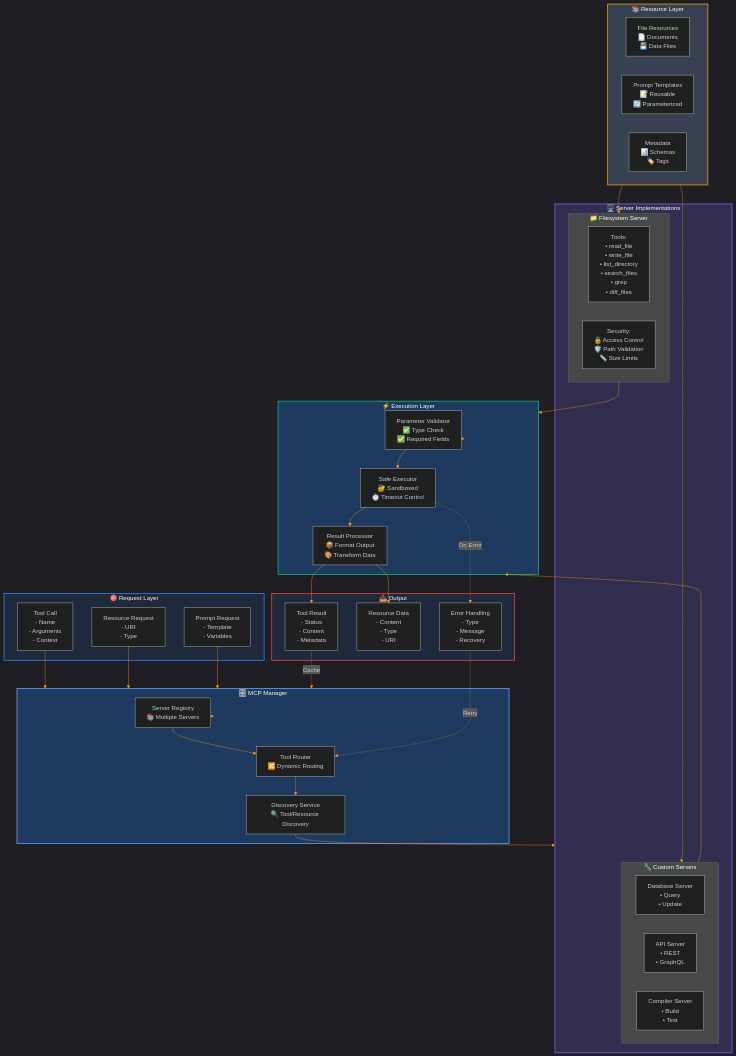
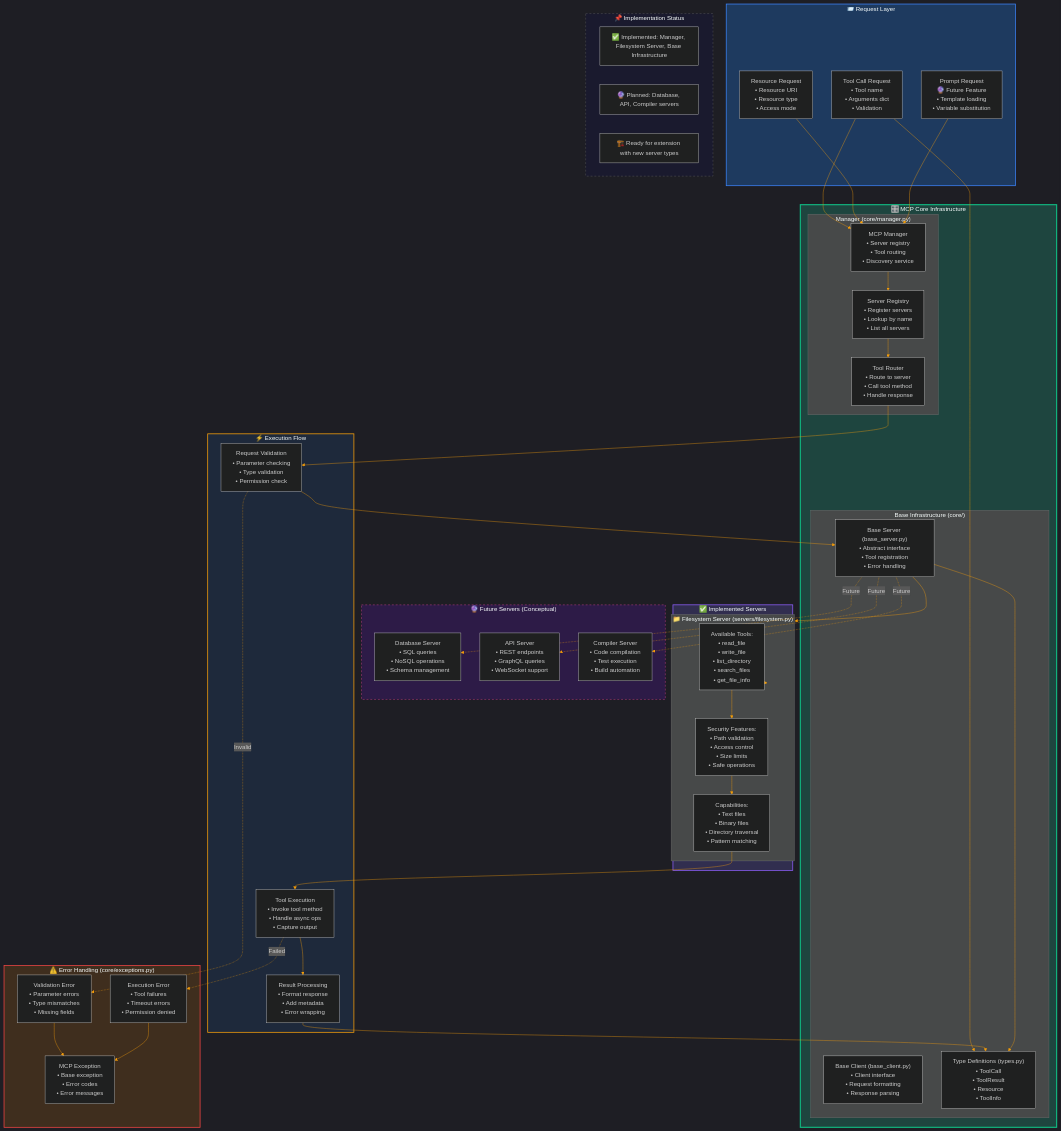
The diagram in docs/diagrams/mcp_module.mmd (minyic7/nighty_code), drawn with Mermaid before and after one commit. The commit also changed 4 other files, not shown here.

```diff
--- a/docs/diagrams/mcp_module.mmd
+++ b/docs/diagrams/mcp_module.mmd
@@ -1,84 +1,117 @@
 %%{init: {'theme':'dark', 'themeVariables': { 'primaryColor':'#1f2937', 'primaryTextColor':'#fff', 'primaryBorderColor':'#7C3AED', 'lineColor':'#F59E0B', 'secondaryColor':'#6366F1', 'tertiaryColor':'#10B981'}}}%%
 
 graph TB
-    %% MCP Module - Model Context Protocol
+    %% MCP Module - Model Context Protocol Implementation
+    %% Core infrastructure and filesystem server are implemented
     
-    subgraph Request["🎯 Request Layer"]
-        ToolCall["Tool Call<br/>- Name<br/>- Arguments<br/>- Context"]
-        ResourceReq["Resource Request<br/>- URI<br/>- Type"]
-        PromptReq["Prompt Request<br/>- Template<br/>- Variables"]
+    subgraph RequestLayer["📨 Request Layer"]
+        ToolCall["Tool Call Request<br/>• Tool name<br/>• Arguments dict<br/>• Validation"]
+        
+        ResourceRequest["Resource Request<br/>• Resource URI<br/>• Resource type<br/>• Access mode"]
+        
+        PromptRequest["Prompt Request<br/>🔮 Future Feature<br/>• Template loading<br/>• Variable substitution"]
     end
     
-    subgraph MCPManager["🎛️ MCP Manager"]
-        ServerRegistry["Server Registry<br/>📚 Multiple Servers"]
-        Router["Tool Router<br/>🔀 Dynamic Routing"]
-        Discovery["Discovery Service<br/>🔍 Tool/Resource Discovery"]
-    end
-    
-    subgraph Servers["🖥️ Server Implementations"]
+    subgraph MCPCore["🎛️ MCP Core Infrastructure"]
         
-        subgraph FSServer["📁 Filesystem Server"]
-            FSTools["Tools:<br/>• read_file<br/>• write_file<br/>• list_directory<br/>• search_files<br/>• grep<br/>• diff_files"]
-            FSSecurity["Security:<br/>🔒 Access Control<br/>🛡️ Path Validation<br/>📏 Size Limits"]
+        subgraph Manager["Manager (core/manager.py)"]
+            MCPManager["MCP Manager<br/>• Server registry<br/>• Tool routing<br/>• Discovery service"]
+            
+            ServerRegistry["Server Registry<br/>• Register servers<br/>• Lookup by name<br/>• List all servers"]
+            
+            ToolRouter["Tool Router<br/>• Route to server<br/>• Call tool method<br/>• Handle response"]
         end
         
-        subgraph CustomServers["🔧 Custom Servers"]
-            DBServer["Database Server<br/>• Query<br/>• Update"]
-            APIServer["API Server<br/>• REST<br/>• GraphQL"]
-            CompilerServer["Compiler Server<br/>• Build<br/>• Test"]
+        subgraph BaseInfrastructure["Base Infrastructure (core/)"]
+            BaseServer["Base Server (base_server.py)<br/>• Abstract interface<br/>• Tool registration<br/>• Error handling"]
+            
+            BaseClient["Base Client (base_client.py)<br/>• Client interface<br/>• Request formatting<br/>• Response parsing"]
+            
+            TypeDefinitions["Type Definitions (types.py)<br/>• ToolCall<br/>• ToolResult<br/>• Resource<br/>• ToolInfo"]
         end
     end
     
-    subgraph Execution["⚡ Execution Layer"]
-        Validator["Parameter Validator<br/>✅ Type Check<br/>✅ Required Fields"]
-        Executor["Safe Executor<br/>🔐 Sandboxed<br/>⏱️ Timeout Control"]
-        ResultProcessor["Result Processor<br/>📦 Format Output<br/>🎨 Transform Data"]
+    subgraph ImplementedServers["✅ Implemented Servers"]
+        
+        subgraph FilesystemServer["📁 Filesystem Server (servers/filesystem.py)"]
+            FSTools["Available Tools:<br/>• read_file<br/>• write_file<br/>• list_directory<br/>• search_files<br/>• get_file_info"]
+            
+            FSSecurity["Security Features:<br/>• Path validation<br/>• Access control<br/>• Size limits<br/>• Safe operations"]
+            
+            FSCapabilities["Capabilities:<br/>• Text files<br/>• Binary files<br/>• Directory traversal<br/>• Pattern matching"]
+        end
     end
     
-    subgraph Resources["📚 Resource Layer"]
-        FileRes["File Resources<br/>📄 Documents<br/>💾 Data Files"]
-        PromptRes["Prompt Templates<br/>📝 Reusable<br/>🔄 Parameterized"]
-        MetaRes["Metadata<br/>📊 Schemas<br/>🏷️ Tags"]
+    subgraph FutureServers["🔮 Future Servers (Conceptual)"]
+        DatabaseServer["Database Server<br/>• SQL queries<br/>• NoSQL operations<br/>• Schema management"]
+        
+        APIServer["API Server<br/>• REST endpoints<br/>• GraphQL queries<br/>• WebSocket support"]
+        
+        CompilerServer["Compiler Server<br/>• Code compilation<br/>• Test execution<br/>• Build automation"]
     end
     
-    subgraph Output["📤 Output"]
-        ToolResult["Tool Result<br/>- Status<br/>- Content<br/>- Metadata"]
-        ResourceData["Resource Data<br/>- Content<br/>- Type<br/>- URI"]
-        Error["Error Handling<br/>- Type<br/>- Message<br/>- Recovery"]
+    subgraph ExecutionFlow["⚡ Execution Flow"]
+        RequestValidation["Request Validation<br/>• Parameter checking<br/>• Type validation<br/>• Permission check"]
+        
+        ToolExecution["Tool Execution<br/>• Invoke tool method<br/>• Handle async ops<br/>• Capture output"]
+        
+        ResultProcessing["Result Processing<br/>• Format response<br/>• Add metadata<br/>• Error wrapping"]
     end
     
-    %% Connections
+    subgraph ErrorHandling["⚠️ Error Handling (core/exceptions.py)"]
+        MCPException["MCP Exception<br/>• Base exception<br/>• Error codes<br/>• Error messages"]
+        
+        ValidationError["Validation Error<br/>• Parameter errors<br/>• Type mismatches<br/>• Missing fields"]
+        
+        ExecutionError["Execution Error<br/>• Tool failures<br/>• Timeout errors<br/>• Permission denied"]
+    end
+    
+    %% Main Flow
     ToolCall --> MCPManager
-    ResourceReq --> MCPManager
-    PromptReq --> MCPManager
+    ResourceRequest --> MCPManager
+    PromptRequest --> MCPManager
     
     MCPManager --> ServerRegistry
-    ServerRegistry --> Router
-    Router --> Discovery
+    ServerRegistry --> ToolRouter
     
-    Discovery --> Servers
+    ToolRouter --> RequestValidation
+    RequestValidation --> BaseServer
     
-    FSServer --> Execution
-    CustomServers --> Execution
+    BaseServer --> FilesystemServer
+    BaseServer -.->|Future| DatabaseServer
+    BaseServer -.->|Future| APIServer
+    BaseServer -.->|Future| CompilerServer
     
-    Execution --> Validator
-    Validator --> Executor
-    Executor --> ResultProcessor
+    FilesystemServer --> FSTools
+    FSTools --> FSSecurity
+    FSSecurity --> FSCapabilities
     
-    Resources --> FSServer
-    Resources --> CustomServers
+    FSCapabilities --> ToolExecution
+    ToolExecution --> ResultProcessing
     
-    ResultProcessor --> ToolResult
-    ResultProcessor --> ResourceData
-    Executor -.->|On Error| Error
+    %% Error Flow
+    RequestValidation -.->|Invalid| ValidationError
+    ToolExecution -.->|Failed| ExecutionError
+    ValidationError --> MCPException
+    ExecutionError --> MCPException
     
-    %% Feedback
-    ToolResult -.->|Cache| MCPManager
-    Error -.->|Retry| Router
+    %% Type System
+    ToolCall --> TypeDefinitions
+    ResultProcessing --> TypeDefinitions
+    BaseServer --> TypeDefinitions
     
-    style Request fill:#1e293b,stroke:#3b82f6,stroke-width:2px
-    style MCPManager fill:#1e3a5f,stroke:#60a5fa,stroke-width:2px
-    style Servers fill:#312e4f,stroke:#8b5cf6,stroke-width:2px
-    style Execution fill:#1e3a5f,stroke:#10b981,stroke-width:2px
-    style Resources fill:#374151,stroke:#f59e0b,stroke-width:2px
-    style Output fill:#1e293b,stroke:#ef4444,stroke-width:2px
+    style RequestLayer fill:#1e3a5f,stroke:#3b82f6,stroke-width:2px
+    style MCPCore fill:#1e453f,stroke:#10b981,stroke-width:3px
+    style ImplementedServers fill:#312e4f,stroke:#8b5cf6,stroke-width:2px
+    style FutureServers fill:#2d1b47,stroke:#ec4899,stroke-width:1px,stroke-dasharray: 5 5
+    style ExecutionFlow fill:#1e293b,stroke:#f59e0b,stroke-width:2px
+    style ErrorHandling fill:#3f2e1e,stroke:#ef4444,stroke-width:2px
+    
+    %% Implementation Status
+    subgraph Legend["📌 Implementation Status"]
+        Implemented["✅ Implemented: Manager, Filesystem Server, Base Infrastructure"]
+        Planned["🔮 Planned: Database, API, Compiler servers"]
+        Architecture["🏗️ Ready for extension with new server types"]
+    end
+    
+    style Legend fill:#1a1a2e,stroke:#666,stroke-width:1px,stroke-dasharray: 5 5
```
